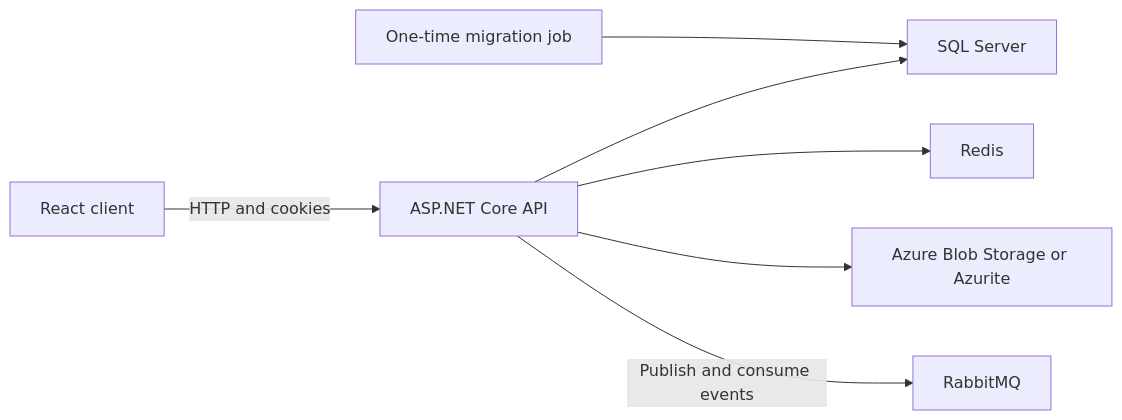
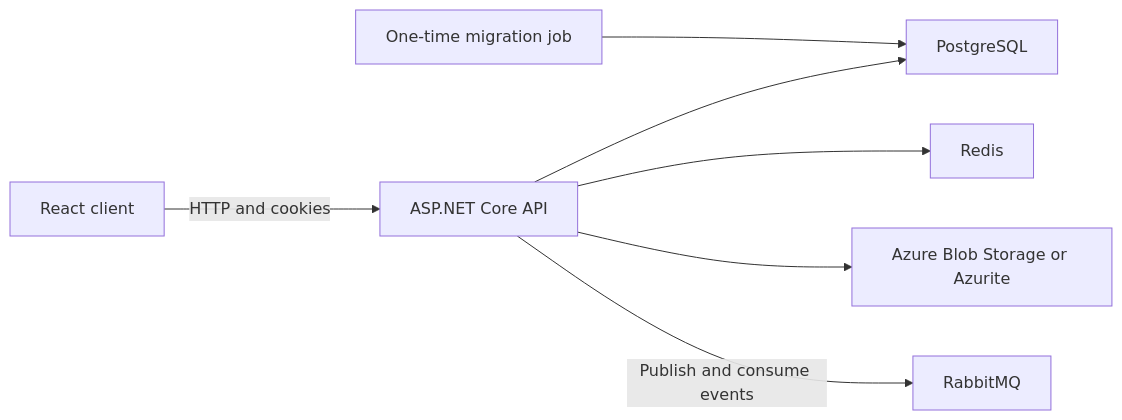
The diagram in README.md (adheebabdulla007/pursuit), drawn with Mermaid before and after one commit. The commit also changed other lines of this file and 9 other files, not shown here.

Commit message:
build: align local and CI databases with PostgreSQL

````diff
--- a/README.md
+++ b/README.md
@@ -88,9 +88,9 @@
 ```mermaid
 flowchart LR
     browser["React client"] -->|HTTP and cookies| api["ASP.NET Core API"]
-    migration["One-time migration job"] --> sql["SQL Server"]
-    api --> sql["SQL Server"]
+    migration["One-time migration job"] --> sql["PostgreSQL"]
+    api --> sql["PostgreSQL"]
     api --> redis["Redis"]
     api --> blob["Azure Blob Storage or Azurite"]
     api -->|Publish and consume events| rabbitmq["RabbitMQ"]
 ```
````
